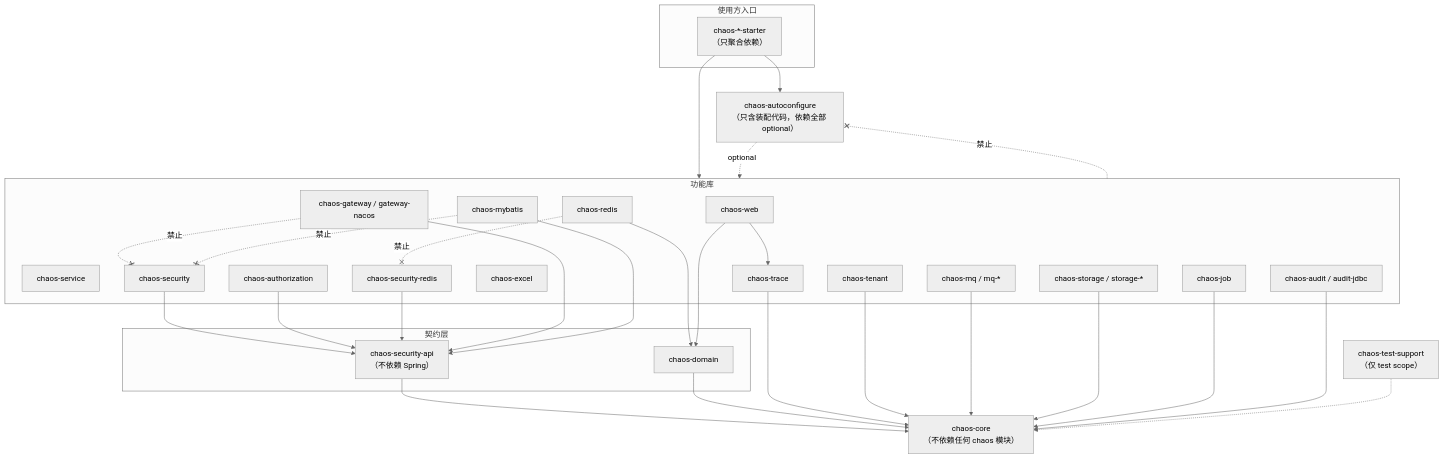
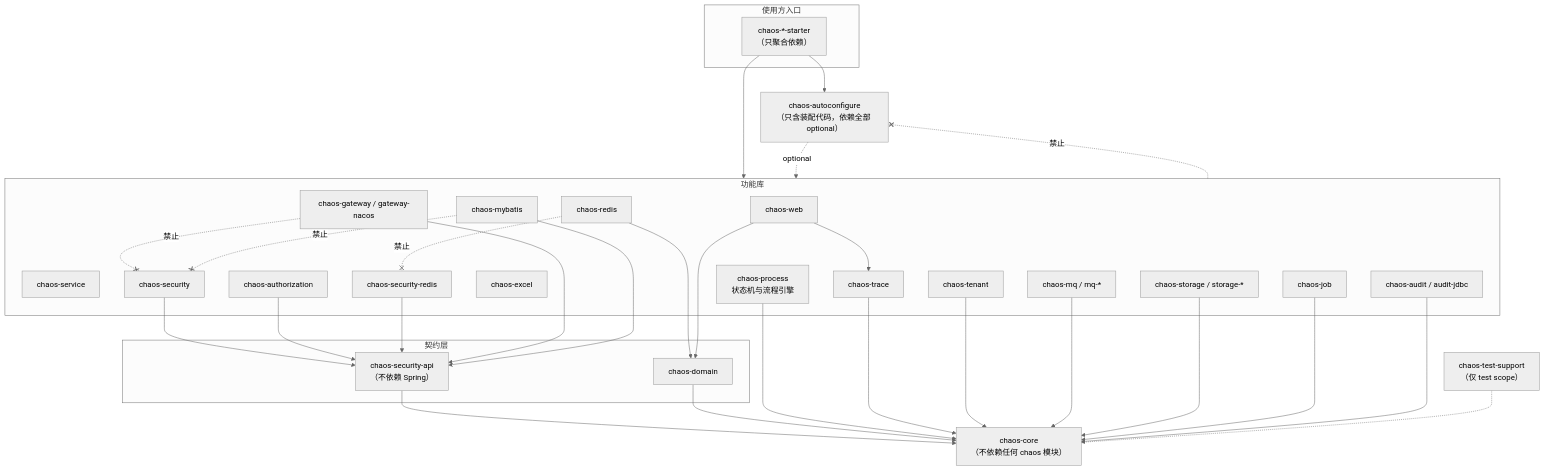
One commit to zhongjinpeng/chaos-framework changed the diagram in chaos-docs/src/main/resources/docs/architecture.md. Above: the diagram before and after it, drawn with Mermaid (neutral theme). The commit also changed other lines of this file and 29 other files, not shown here.

````diff
--- a/chaos-docs/src/main/resources/docs/architecture.md
+++ b/chaos-docs/src/main/resources/docs/architecture.md
@@ -66,56 +67,58 @@
 ```mermaid
 flowchart TB
     subgraph entry["使用方入口"]
         starters["chaos-*-starter<br/>（只聚合依赖）"]
     end
     autoconfigure["chaos-autoconfigure<br/>（只含装配代码，依赖全部 optional）"]
     subgraph features["功能库"]
         web["chaos-web"]
         service["chaos-service"]
         security["chaos-security"]
         authorization["chaos-authorization"]
         securityRedis["chaos-security-redis"]
         gateway["chaos-gateway / gateway-nacos"]
         mybatis["chaos-mybatis"]
         redis["chaos-redis"]
         excel["chaos-excel"]
         mq["chaos-mq / mq-*"]
         storage["chaos-storage / storage-*"]
         job["chaos-job"]
         audit["chaos-audit / audit-jdbc"]
         tenant["chaos-tenant"]
         trace["chaos-trace"]
+        process["chaos-process<br/>状态机与流程引擎"]
     end
     subgraph contracts["契约层"]
         securityApi["chaos-security-api<br/>（不依赖 Spring）"]
         domain["chaos-domain"]
     end
     core["chaos-core<br/>（不依赖任何 chaos 模块）"]
     testSupport["chaos-test-support<br/>（仅 test scope）"]
 
     starters --> autoconfigure
     starters --> features
     autoconfigure -. optional .-> features
     security --> securityApi
     authorization --> securityApi
     securityRedis --> securityApi
     gateway --> securityApi
     mybatis --> securityApi
     redis --> domain
     web --> trace
     web --> domain
     securityApi --> core
     domain --> core
+    process --> core
     trace --> core
     tenant --> core
     mq --> core
     storage --> core
     job --> core
     audit --> core
     testSupport -.-> core
 
     gateway -. 禁止 .-x security
     mybatis -. 禁止 .-x security
     redis -. 禁止 .-x securityRedis
     features -. 禁止 .-x autoconfigure
 ```
````
